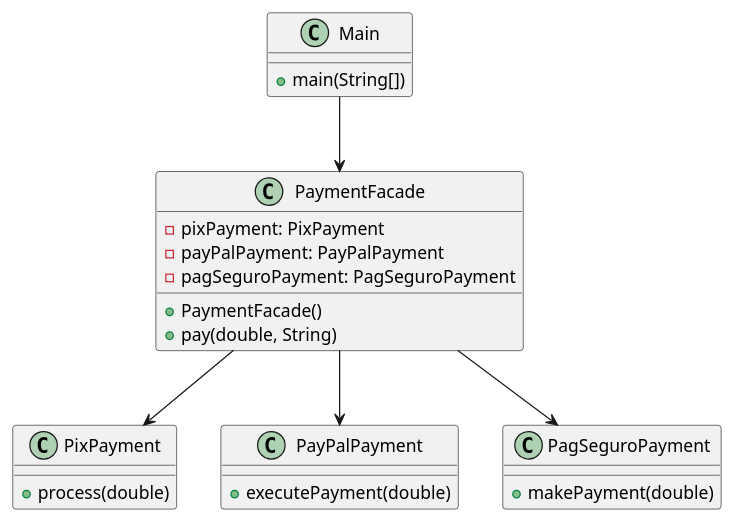
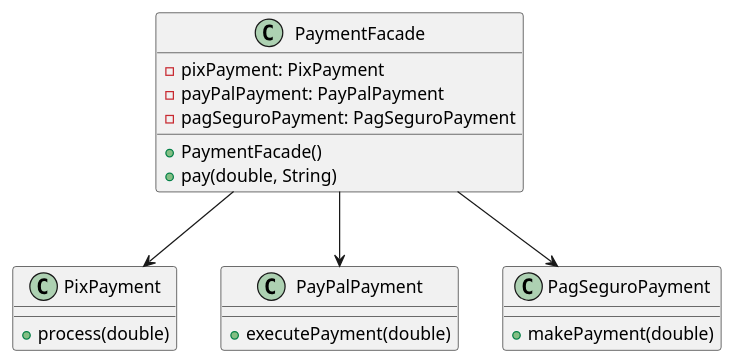
One commit to gabriel-fabian/bertoti changed the diagram in facade/facade.puml. Above: the diagram before and after it, drawn with PlantUML. The commit also changed 3 other files, not shown here.

Commit message:
feat: update class diagrams

```diff
--- a/facade/facade.puml
+++ b/facade/facade.puml
@@ -1,32 +1,27 @@
 @startuml facade
 
 class PaymentFacade {
   - pixPayment: PixPayment
   - payPalPayment: PayPalPayment
   - pagSeguroPayment: PagSeguroPayment
   + PaymentFacade()
   + pay(double, String)
-}
-
-class Main {
-  + main(String[])
 }
 
 class PixPayment {
   + process(double)
 }
 
 class PayPalPayment {
   + executePayment(double)
 }
 
 class PagSeguroPayment {
   + makePayment(double)
 }
 
-Main --> PaymentFacade
 PaymentFacade --> PixPayment
 PaymentFacade --> PayPalPayment
 PaymentFacade --> PagSeguroPayment
 
 @enduml
```
